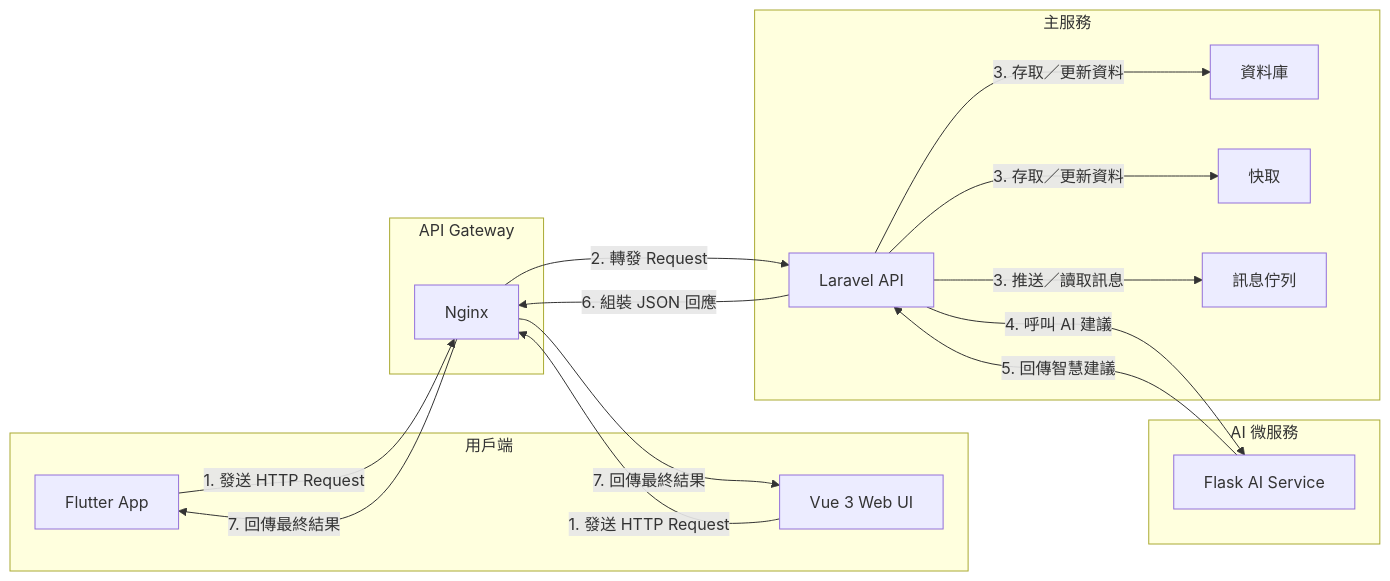
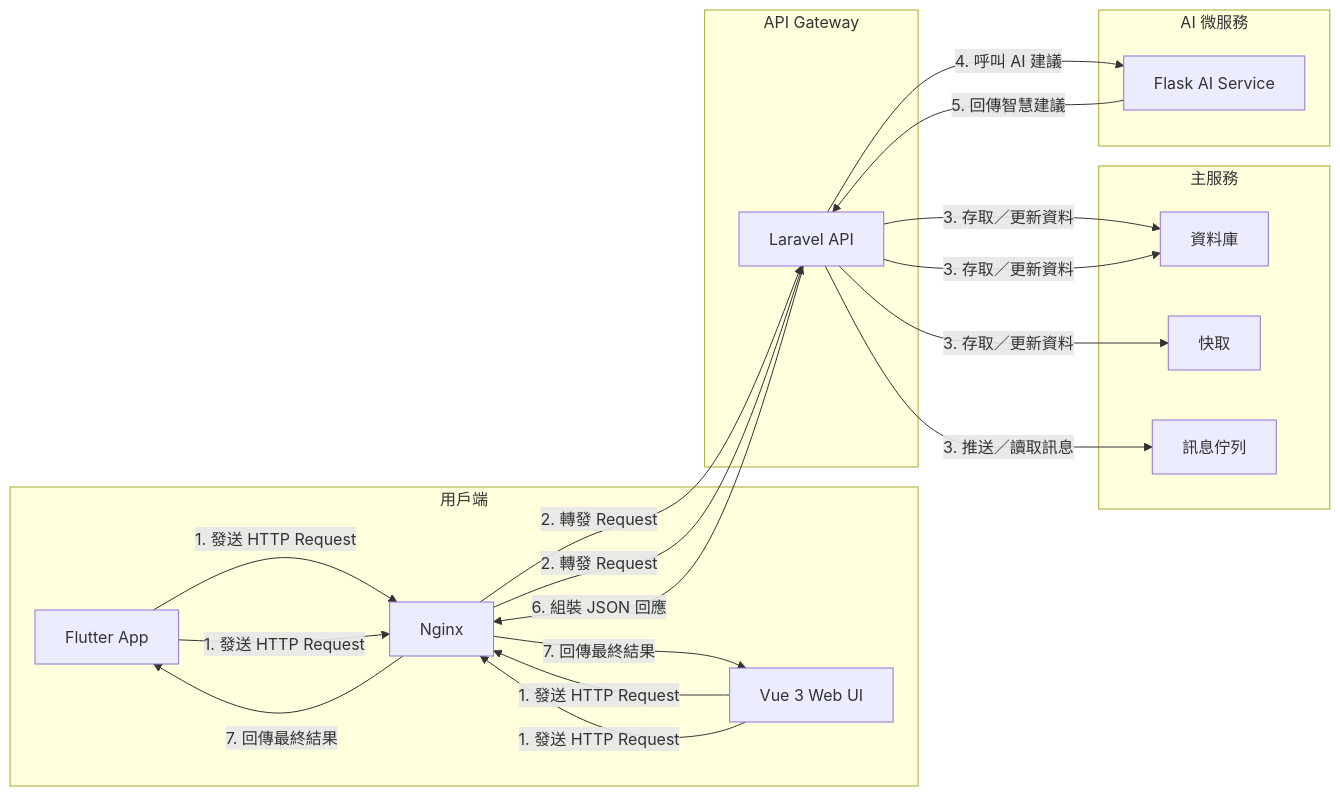
Before and after one commit to BpsEason/petcarehub: the diagram in README.md, drawn with Mermaid.

````diff
--- a/README.md
+++ b/README.md
@@ -44,35 +44,35 @@
 ```mermaid
 flowchart LR
   subgraph clients [用戶端]
-    A1["Flutter App"]
-    A2["Vue 3 Web UI"]
+    A1["Flutter App"] -->|1. 發送 HTTP Request| B
+    A2["Vue 3 Web UI"] -->|1. 發送 HTTP Request| B
   end
 
   subgraph gateway [API Gateway]
-    B["Nginx"]
+    B["Nginx"]  -->|2. 轉發 Request| C
   end
 
   subgraph main [主服務]
-    C["Laravel API"]
+    C["Laravel API"]  -->|3. 存取／更新資料| D
     D["資料庫"]
     E["快取"]
     F["訊息佇列"]
   end
 
   subgraph ai [AI 微服務]
     G["Flask AI Service"]
   end
 
   A1 -->|1. 發送 HTTP Request| B
   A2 -->|1. 發送 HTTP Request| B
   B  -->|2. 轉發 Request| C
   C  -->|3. 存取／更新資料| D
   C  -->|3. 存取／更新資料| E
   C  -->|3. 推送／讀取訊息| F
   C  -->|4. 呼叫 AI 建議| G
   G  -->|5. 回傳智慧建議| C
   C  -->|6. 組裝 JSON 回應| B
   B  -->|7. 回傳最終結果| A1
   B  -->|7. 回傳最終結果| A2
 
 ```
````
